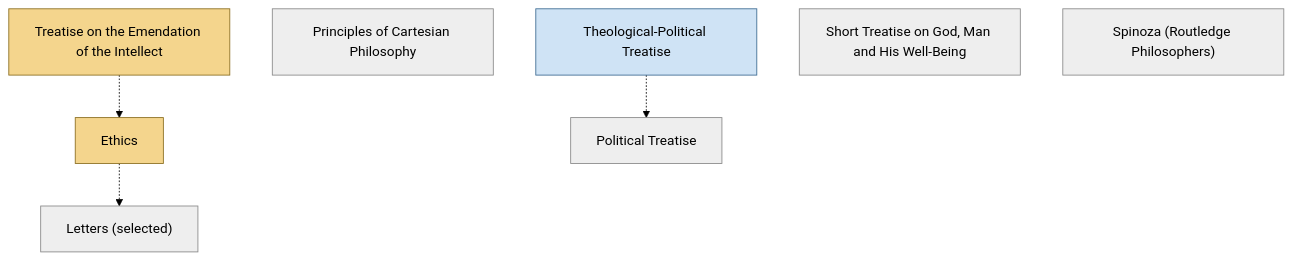
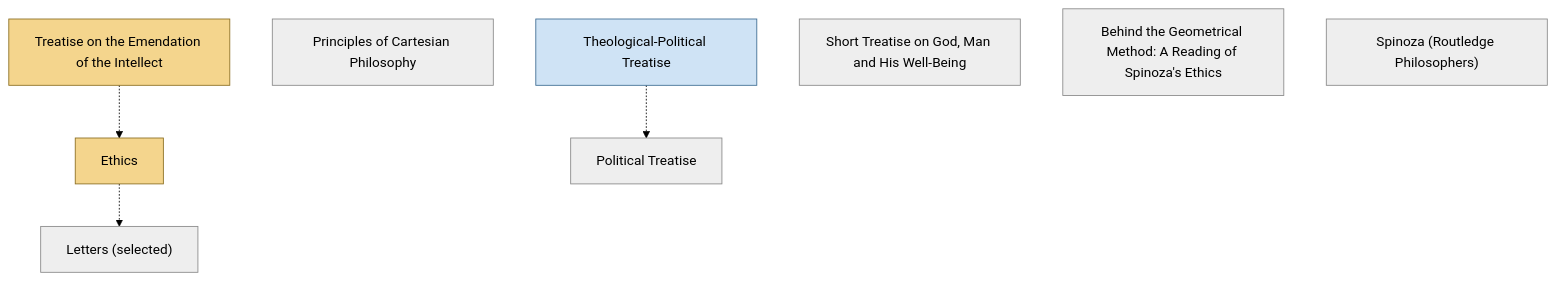
One commit to kwang2424/lit-chart-maker changed the diagram in generated/spinoza.md. Above: the diagram before and after it, drawn with Mermaid (forest theme). The commit also changed other lines of this file and 27 other files, not shown here.

````diff
--- a/generated/spinoza.md
+++ b/generated/spinoza.md
@@ -147,17 +157,18 @@
 ```mermaid
 graph TD
   tie["Treatise on the Emendation of the Intellect"]:::core
   ppc["Principles of Cartesian Philosophy"]:::optional
   ttp["Theological-Political Treatise"]:::extended
   ethics["Ethics"]:::core
   letters["Letters (selected)"]:::optional
   short_treatise["Short Treatise on God, Man and His Well-Being"]:::optional
   political_treatise["Political Treatise"]:::optional
+  curley_behind["Behind the Geometrical Method: A Reading of Spinoza's Ethics"]:::optional
   della_rocca["Spinoza (Routledge Philosophers)"]:::optional
   tie -.-> ethics
   ethics -.-> letters
   ttp -.-> political_treatise
   classDef core fill:#f4d58d,stroke:#8a6d1f,color:#000
   classDef extended fill:#cfe3f5,stroke:#3b6a91,color:#000
   classDef optional fill:#eeeeee,stroke:#888,color:#000
 ```
````
